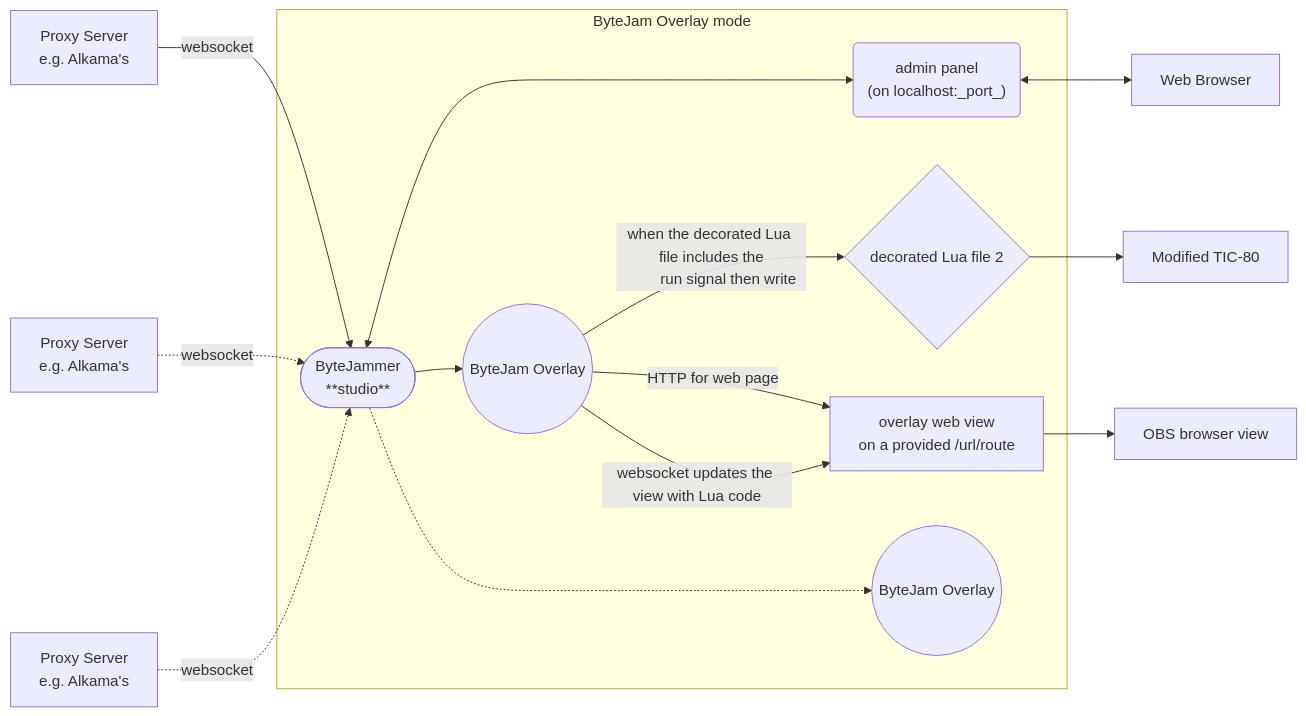
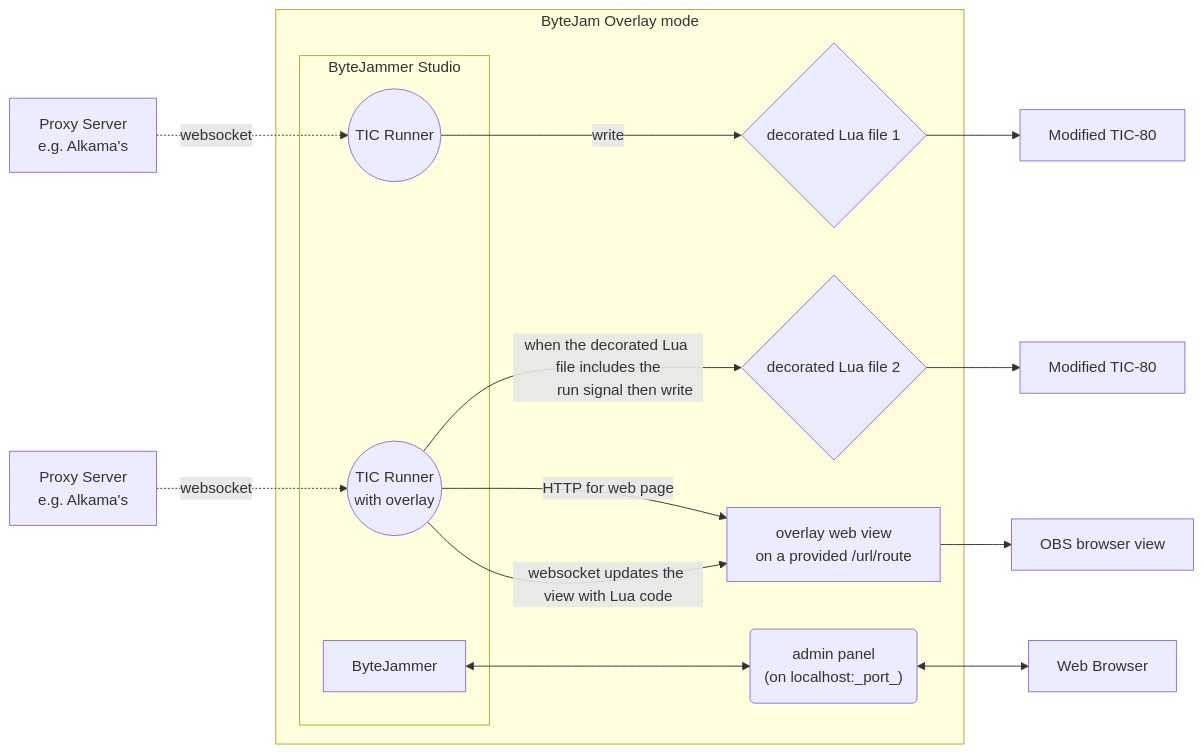
The first of 3 diagrams in readme.md (creativenucleus/bytejammer2), drawn with Mermaid before and after one commit. The commit also changed other lines of this file, not shown here.

````diff
--- a/readme.md
+++ b/readme.md
@@ -72,30 +72,43 @@
 ```mermaid
 flowchart LR
     _PS1[Proxy Server
         e.g. Alkama's
     ]
-    _PS1 --> |websocket| BJ
     _PS2[Proxy Server
         e.g. Alkama's
     ]
-    _PS2 .-> |websocket| BJ
-    _PS3[Proxy Server
-        e.g. Alkama's
-    ]
-    _PS3 .-> |websocket| BJ
     subgraph "ByteJam Overlay mode"
-    BJ <---> BJCP("admin panel
-        (on localhost:_port_)")
-    BJ(["ByteJammer
-        **studio**"]) --> BJMO1
-    BJMO1((ByteJam Overlay)) --> |when the decorated Lua file includes the
-        run signal then write|DF2{decorated Lua file 2}
-    BJMO1 --> |HTTP for web page|WSP["overlay web view
-        on a provided /url/route"]
-    BJMO1 --> |websocket updates the view with Lua code|WSP
-    BJ -..-> BJMO2((ByteJam Overlay))
+        subgraph "ByteJammer Studio"
+            BJ[ByteJammer]
+            
+            TRNO((TIC Runner))
+            TRO(("TIC Runner
+                with overlay"))
+        end
+
+        BJAP("admin panel
+            (on localhost:_port_)")
+
+        DF_1{decorated Lua file 1}
+        DF_2{decorated Lua file 2}
+        WSP["overlay web view
+            on a provided /url/route"]
     end
-    DF2 --> TIC80[Modified TIC-80]
-    WSP --> OBS[OBS browser view]
-    BJCP <--> WB[Web Browser]
+    _PS1 .-> |websocket| TRNO
+    _PS2 .-> |websocket| TRO
+    _WB[Web Browser]
+    _TIC80_1[Modified TIC-80]
+    _TIC80_2[Modified TIC-80]
+    _OBS[OBS browser view]
+
+    BJ <--> BJAP
+    TRNO --> |write|DF_1
+    TRO --> |when the decorated Lua file includes the
+        run signal then write|DF_2
+    TRO --> |HTTP for web page|WSP
+    TRO --> |websocket updates the view with Lua code|WSP
+    BJAP <--> _WB
+    DF_1 --> _TIC80_1
+    DF_2 --> _TIC80_2
+    WSP --> _OBS
 ```
````
